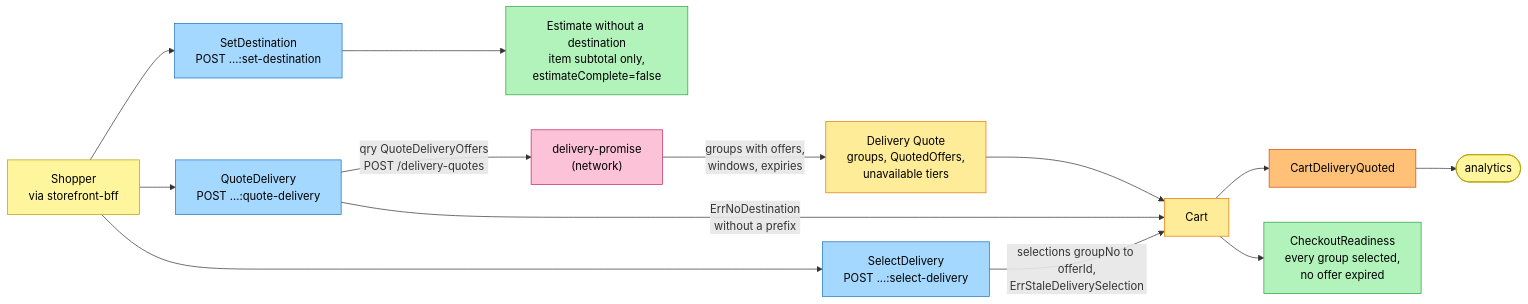
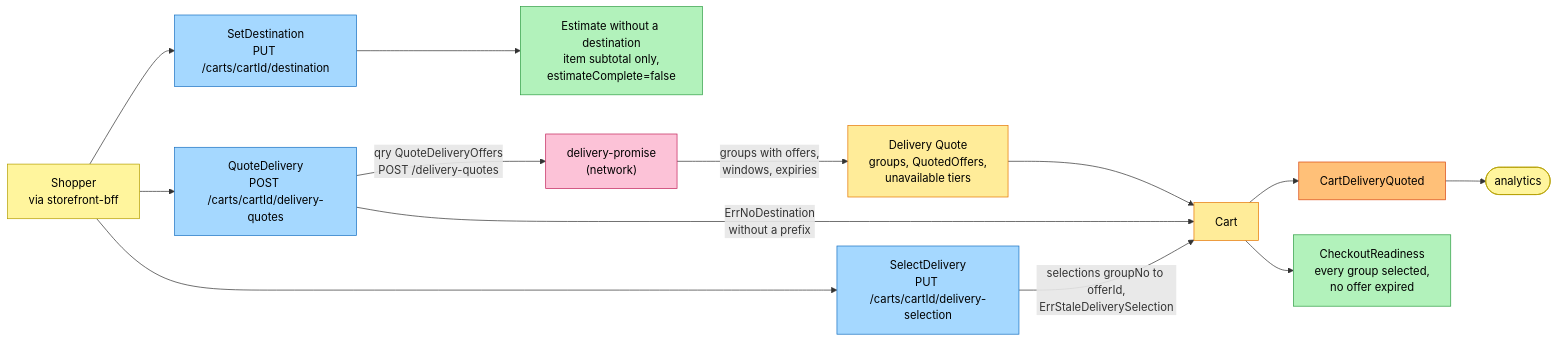
One commit to IQVO/warehouse-docs changed the second of 4 diagrams in storefront/docs/contexts/shopping-cart/eventstorming.md. Above: the diagram before and after it, drawn with Mermaid. The commit also changed other lines of this file and 4 other files, not shown here.

Commit message:
docs(storefront): shopping-cart pack and model follow the repo (MergeInto too-many-lines/99 clamp/target rule, SelectDelivery no 422, idempotency wire behaviour, current routes)

````diff
--- a/storefront/docs/contexts/shopping-cart/eventstorming.md
+++ b/storefront/docs/contexts/shopping-cart/eventstorming.md
@@ -94,34 +94,34 @@
 ```mermaid
 flowchart LR
     S["Shopper<br/>via storefront-bff"]:::actor
-    C5["SetDestination<br/>POST ...:set-destination"]:::command
-    C6["QuoteDelivery<br/>POST ...:quote-delivery"]:::command
-    C7["SelectDelivery<br/>POST ...:select-delivery"]:::command
+    C5["SetDestination<br/>PUT /carts/cartId/destination"]:::command
+    C6["QuoteDelivery<br/>POST /carts/cartId/delivery-quotes"]:::command
+    C7["SelectDelivery<br/>PUT /carts/cartId/delivery-selection"]:::command
     DP["delivery-promise<br/>(network)"]:::external
     Q["Delivery Quote<br/>groups, QuotedOffers,<br/>unavailable tiers"]:::aggregate
     G1["Cart"]:::aggregate
     E2["CartDeliveryQuoted"]:::event
     RM1["CheckoutReadiness<br/>every group selected,<br/>no offer expired"]:::readmodel
     AN(["analytics"]):::actor
     ES["Estimate without a destination<br/>item subtotal only,<br/>estimateComplete=false"]:::readmodel
 
     S --> C5
     S --> C6
     S --> C7
     C6 -->|qry QuoteDeliveryOffers<br/>POST /delivery-quotes| DP
     DP -->|groups with offers,<br/>windows, expiries| Q
     C6 -->|ErrNoDestination<br/>without a prefix| G1
     Q --> G1
     C7 -->|selections groupNo to offerId,<br/>ErrStaleDeliverySelection| G1
     G1 --> E2
     E2 --> AN
     G1 --> RM1
     C5 --> ES
 
     classDef actor fill:#fff59d,stroke:#b59f00,color:#000
     classDef command fill:#a5d8ff,stroke:#1971c2,color:#000
     classDef aggregate fill:#ffec99,stroke:#e67700,color:#000
     classDef event fill:#ffc078,stroke:#d9480f,color:#000
     classDef readmodel fill:#b2f2bb,stroke:#2f9e44,color:#000
     classDef external fill:#fcc2d7,stroke:#c2255c,color:#000
 ```
````
